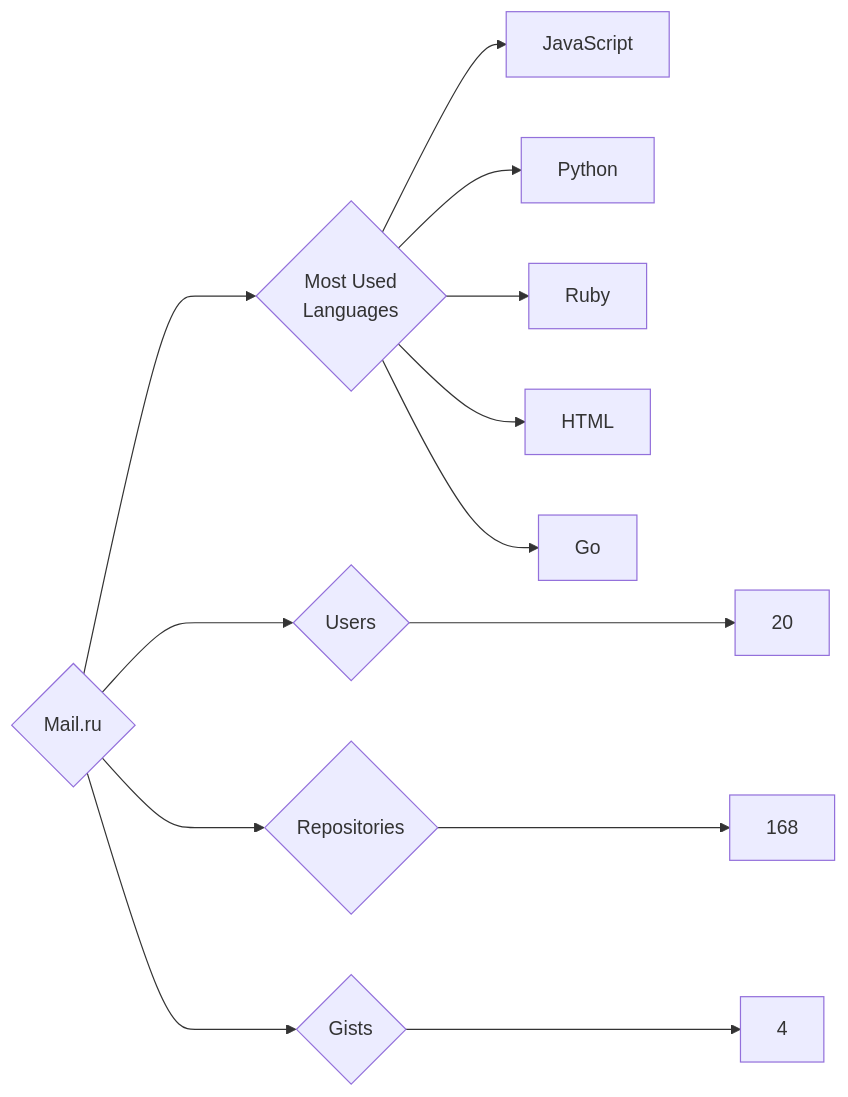
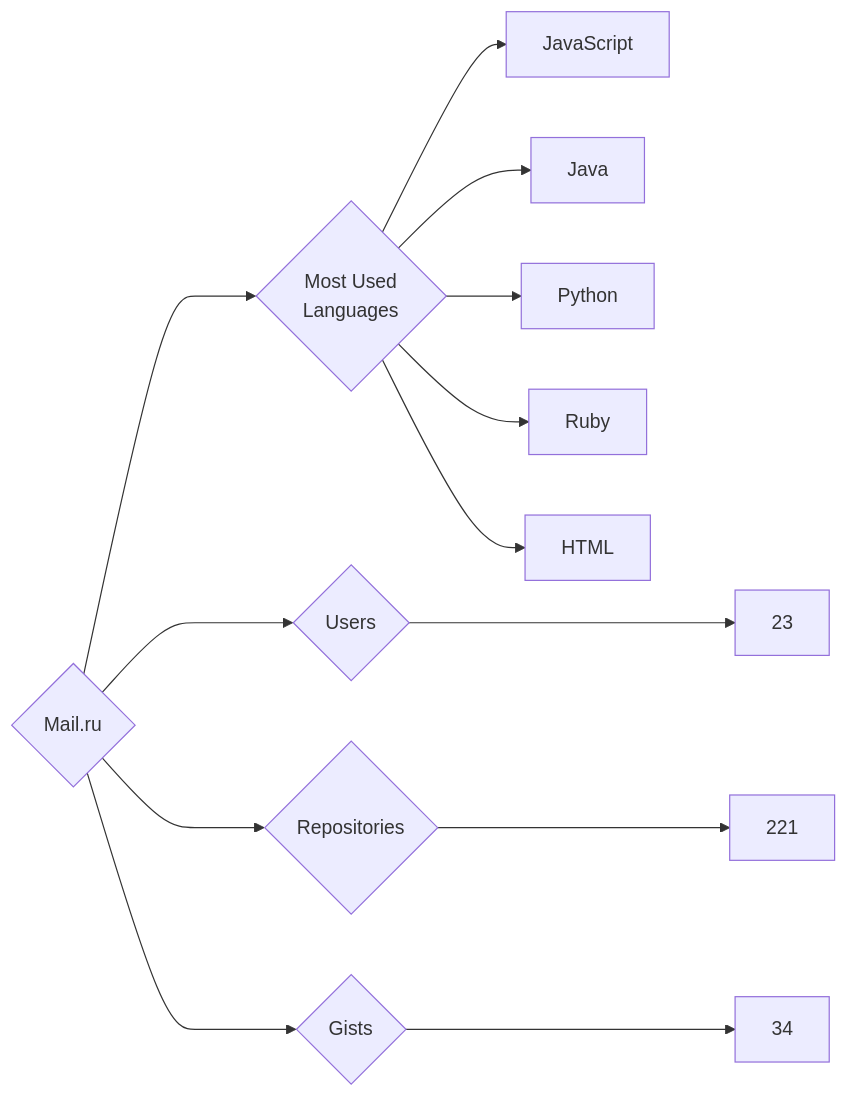
Before and after one commit to trickest/insiders: the diagram in targets/Mail.ru/README.md, drawn with Mermaid. The commit also changed 891 other files, not shown here.

````diff
--- a/targets/Mail.ru/README.md
+++ b/targets/Mail.ru/README.md
@@ -3,13 +3,13 @@
 ```mermaid
 graph LR
 COMPANY_NAME{Mail.ru}
-COMPANY_NAME ---> U{Users} ---> UN[20]
-COMPANY_NAME ---> R{Repositories} ---> RN[168]
-COMPANY_NAME ---> G{Gists} ---> GN[4]
+COMPANY_NAME ---> U{Users} ---> UN[23]
+COMPANY_NAME ---> R{Repositories} ---> RN[221]
+COMPANY_NAME ---> G{Gists} ---> GN[34]
 COMPANY_NAME ---> ML{Most Used<br>Languages}
 ML --> JavaScript[JavaScript]
+ML --> Java[Java]
 ML --> Python[Python]
 ML --> Ruby[Ruby]
 ML --> HTML[HTML]
-ML --> Go[Go]
 ```
````
